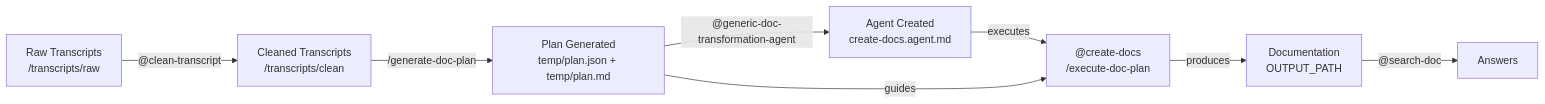
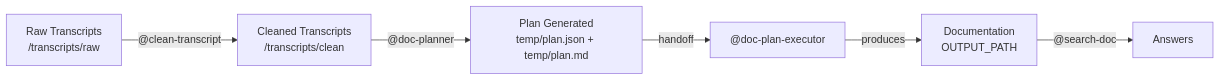
One commit to BBoyBen/transcript-to-documentation changed the diagram in README.md. Above: the diagram before and after it, drawn with Mermaid. The commit also changed other lines of this file and 4 other files, not shown here.

````diff
--- a/README.md
+++ b/README.md
@@ -254,10 +265,8 @@
 ```mermaid
 graph LR
     A["Raw Transcripts<br/>/transcripts/raw"] -->|"@clean-transcript"| B["Cleaned Transcripts<br/>/transcripts/clean"]
-  B -->|"/generate-doc-plan"| D["Plan Generated<br/>temp/plan.json + temp/plan.md"]
-    D -->|"@generic-doc-transformation-agent"| C["Agent Created<br/>create-docs.agent.md"]
-    C -->|"executes"| E["@create-docs<br/>/execute-doc-plan"]
-    D -->|"guides"| E
+    B -->|"@doc-planner"| D["Plan Generated<br/>temp/plan.json + temp/plan.md"]
+    D -->|"handoff"| E["@doc-plan-executor"]
   E -->|"produces"| F["Documentation<br/>OUTPUT_PATH"]
     F -->|"@search-doc"| G["Answers"]
 ```
````
